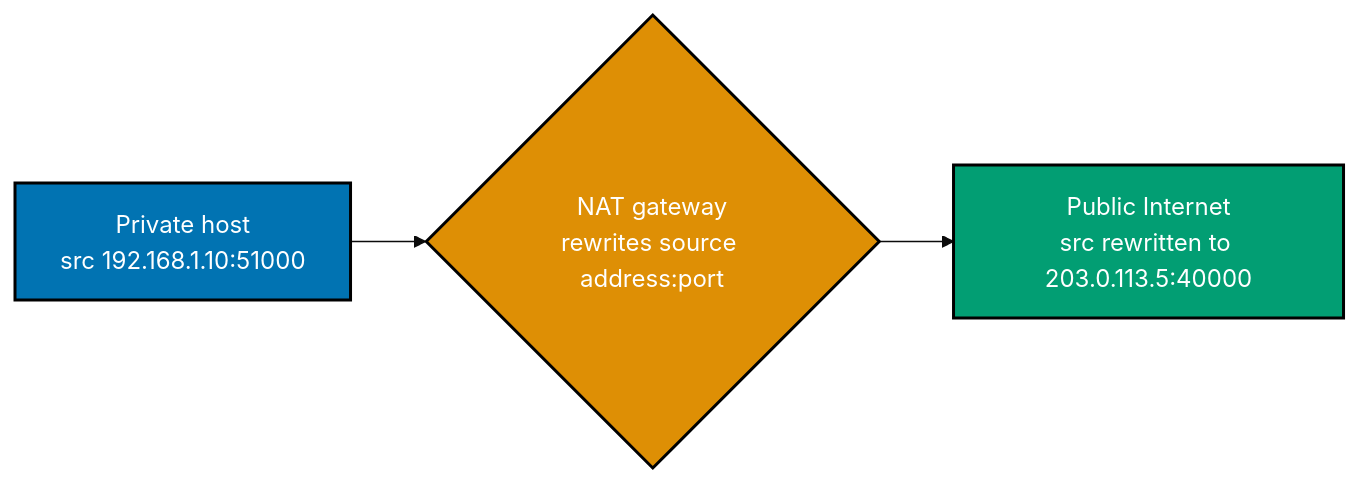
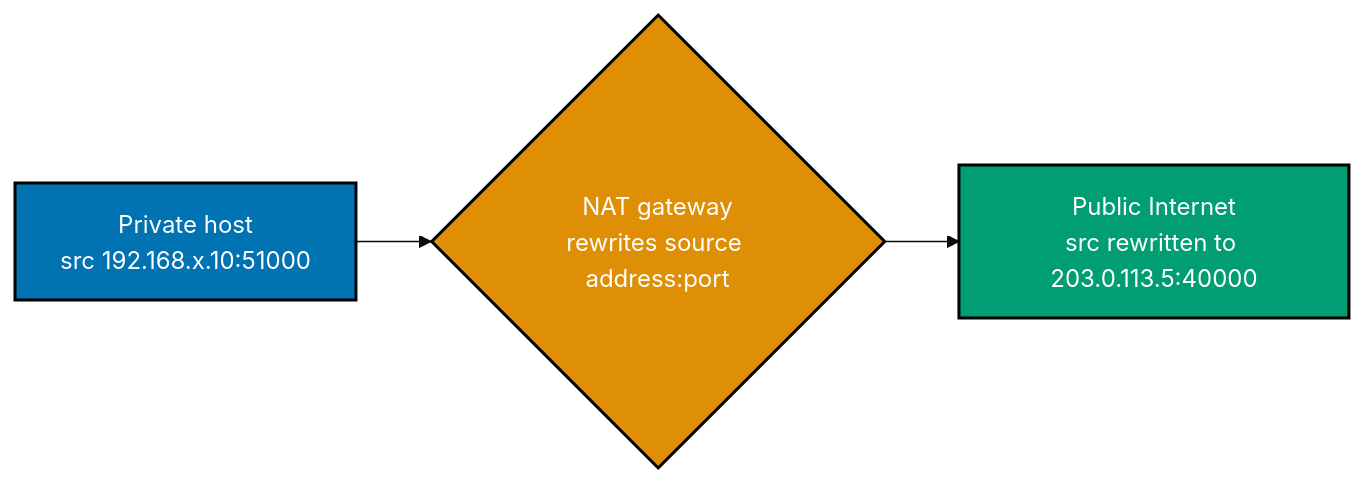
Before and after one commit to wahidyankf/ose-public: the third of 3 diagrams in apps/ayokoding-www/content/en/learn/courses/advanced-networking/learning/beginner.md, drawn with Mermaid (base theme). The commit also changed other lines of this file and 20 other files, not shown here.

````diff
--- a/apps/ayokoding-www/content/en/learn/courses/advanced-networking/learning/beginner.md
+++ b/apps/ayokoding-www/content/en/learn/courses/advanced-networking/learning/beginner.md
@@ -755,10 +758,10 @@
 ```mermaid
 %% Color Palette: Blue #0173B2, Orange #DE8F05, Teal #029E73
 graph LR
-    A["Private host<br/>src 192.168.1.10:51000"]:::blue --> G{"NAT gateway<br/>rewrites source address:port"}:::orange
+    A["Private host<br/>src 192.168.x.10:51000"]:::blue --> G{"NAT gateway<br/>rewrites source address:port"}:::orange
     G --> B["Public Internet<br/>src rewritten to 203.0.113.5:40000"]:::teal
 
     classDef blue fill:#0173B2,stroke:#000000,color:#FFFFFF,stroke-width:2px
     classDef orange fill:#DE8F05,stroke:#000000,color:#FFFFFF,stroke-width:2px
     classDef teal fill:#029E73,stroke:#000000,color:#FFFFFF,stroke-width:2px
 ```
````
